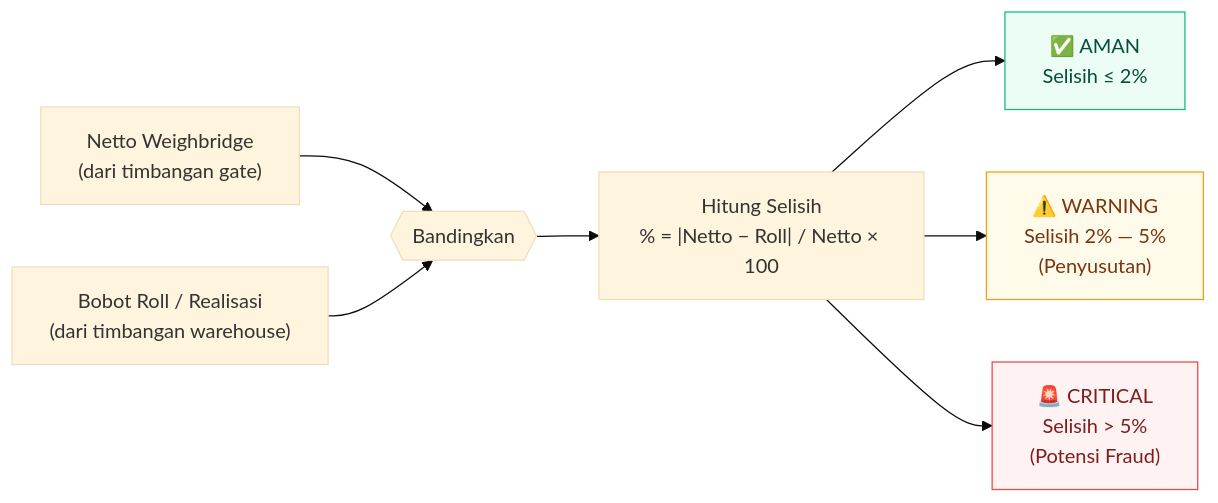
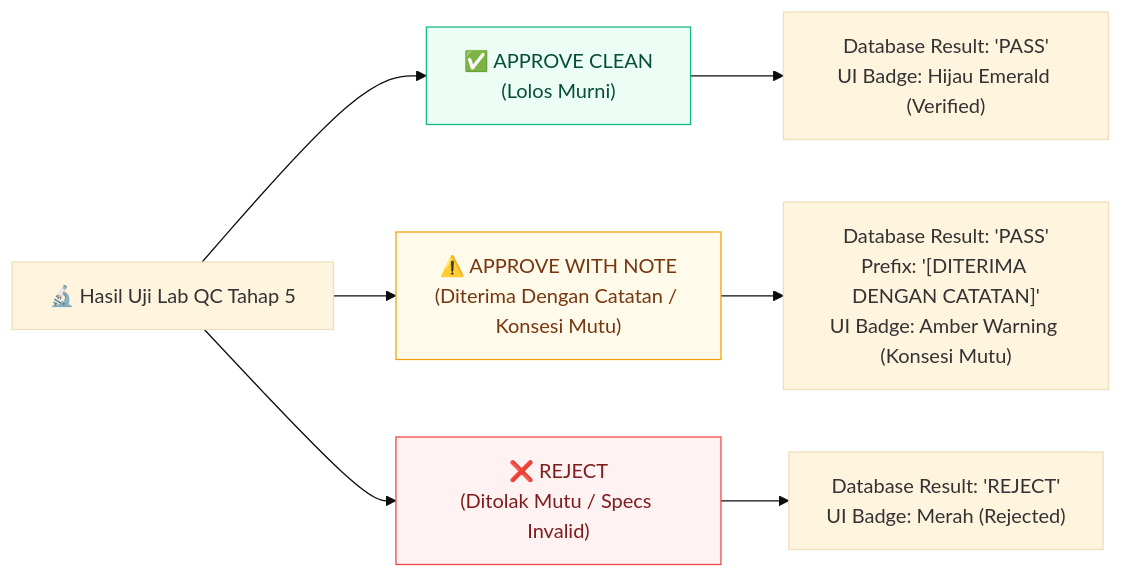
Before and after one commit to rahmatauliya10/Aplikasi-Gate-Management-System: the second of 2 diagrams in docs/flowchart_bisnis_gms.md, drawn with Mermaid (base theme). The commit also changed other lines of this file and 46 other files, not shown here.

````diff
--- a/docs/flowchart_bisnis_gms.md
+++ b/docs/flowchart_bisnis_gms.md
@@ -86,19 +60,14 @@
 ```mermaid
 flowchart LR
-    A["Netto Weighbridge<br/>(dari timbangan gate)"] --> CMP{{"Bandingkan"}}
-    B["Bobot Roll / Realisasi<br/>(dari timbangan warehouse)"] --> CMP
+    LAB["🔬 Hasil Uji Lab QC Tahap 5"] --> D1["✅ APPROVE CLEAN<br/>(Lolos Murni)"]
+    LAB --> D2["⚠️ APPROVE WITH NOTE<br/>(Diterima Dengan Catatan / Konsesi Mutu)"]
+    LAB --> D3["❌ REJECT<br/>(Ditolak Mutu / Specs Invalid)"]
 
-    CMP --> CALC["Hitung Selisih<br/>% = |Netto − Roll| / Netto × 100"]
+    D1 --> R1["Database Result: 'PASS'<br/>UI Badge: Hijau Emerald (Verified)"]
+    D2 --> R2["Database Result: 'PASS'<br/>Prefix: '[DITERIMA DENGAN CATATAN]'<br/>UI Badge: Amber Warning (Konsesi Mutu)"]
+    D3 --> R3["Database Result: 'REJECT'<br/>UI Badge: Merah (Rejected)"]
 
-    CALC --> S1
-    CALC --> S2
-    CALC --> S3
-
-    S1["✅ AMAN<br/>Selisih ≤ 2%"]
-    S2["⚠️ WARNING<br/>Selisih 2% — 5%<br/>(Penyusutan)"]
-    S3["🚨 CRITICAL<br/>Selisih > 5%<br/>(Potensi Fraud)"]
-
-    style S1 fill:#ecfdf5,stroke:#10b981,color:#064e3b
-    style S2 fill:#fffbeb,stroke:#f59e0b,color:#78350f
-    style S3 fill:#fef2f2,stroke:#ef4444,color:#7f1d1d
+    style D1 fill:#ecfdf5,stroke:#10b981,color:#064e3b
+    style D2 fill:#fffbeb,stroke:#f59e0b,color:#78350f
+    style D3 fill:#fef2f2,stroke:#ef4444,color:#7f1d1d
 ```
````
